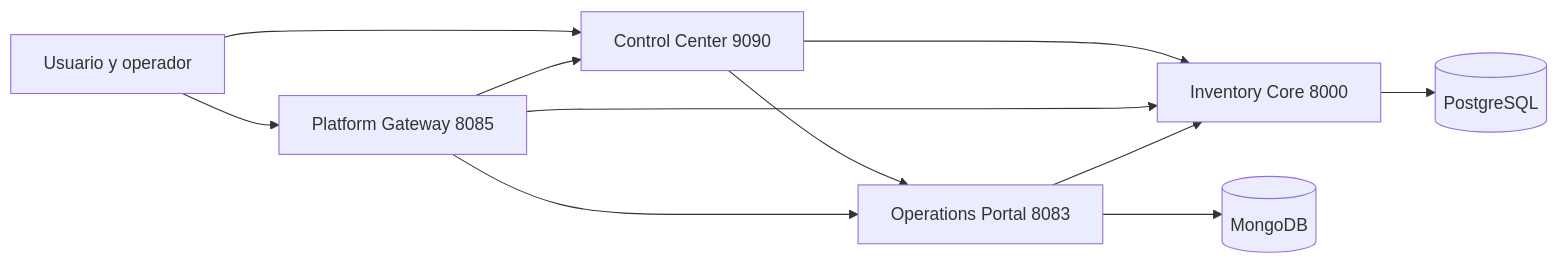
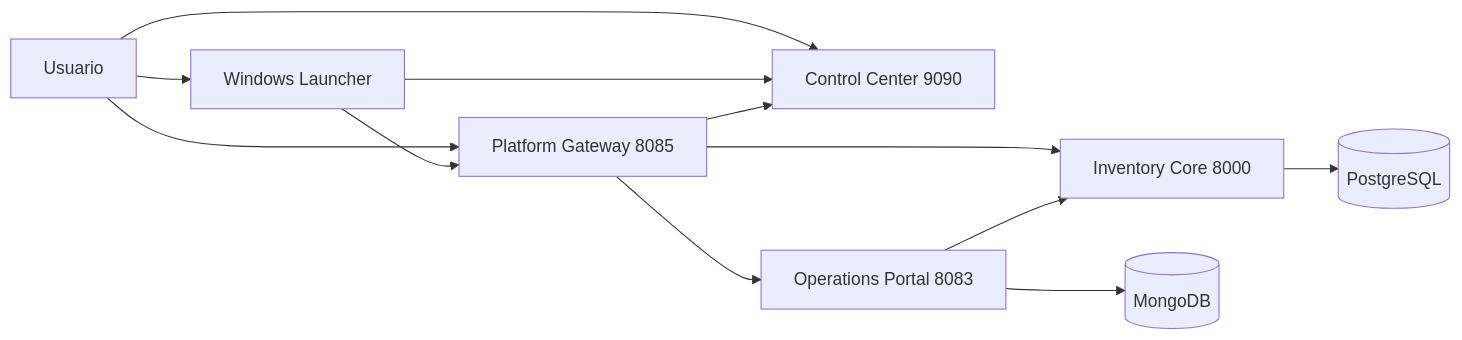
The diagram in README.md (vladimiracunadev-create/docker-labs), drawn with Mermaid before and after one commit. The commit also changed other lines of this file and 39 other files, not shown here.

First line of the commit message:
WIP: Previous Windows layer session (Python launcher + staging scripts)

````diff
--- a/README.md
+++ b/README.md
@@ -88,21 +85,23 @@
 ```mermaid
 flowchart LR
-    user[Usuario y operador]
+    user[Usuario]
+    launcher[Windows Launcher]
     panel[Control Center 9090]
     gateway[Platform Gateway 8085]
     core[Inventory Core 8000]
     portal[Operations Portal 8083]
     postgres[(PostgreSQL)]
     mongo[(MongoDB)]
 
+    user --> launcher
     user --> panel
     user --> gateway
-    panel --> core
-    panel --> portal
+    launcher --> panel
+    launcher --> gateway
     gateway --> panel
     gateway --> core
     gateway --> portal
     portal --> core
     core --> postgres
     portal --> mongo
 ```
````
